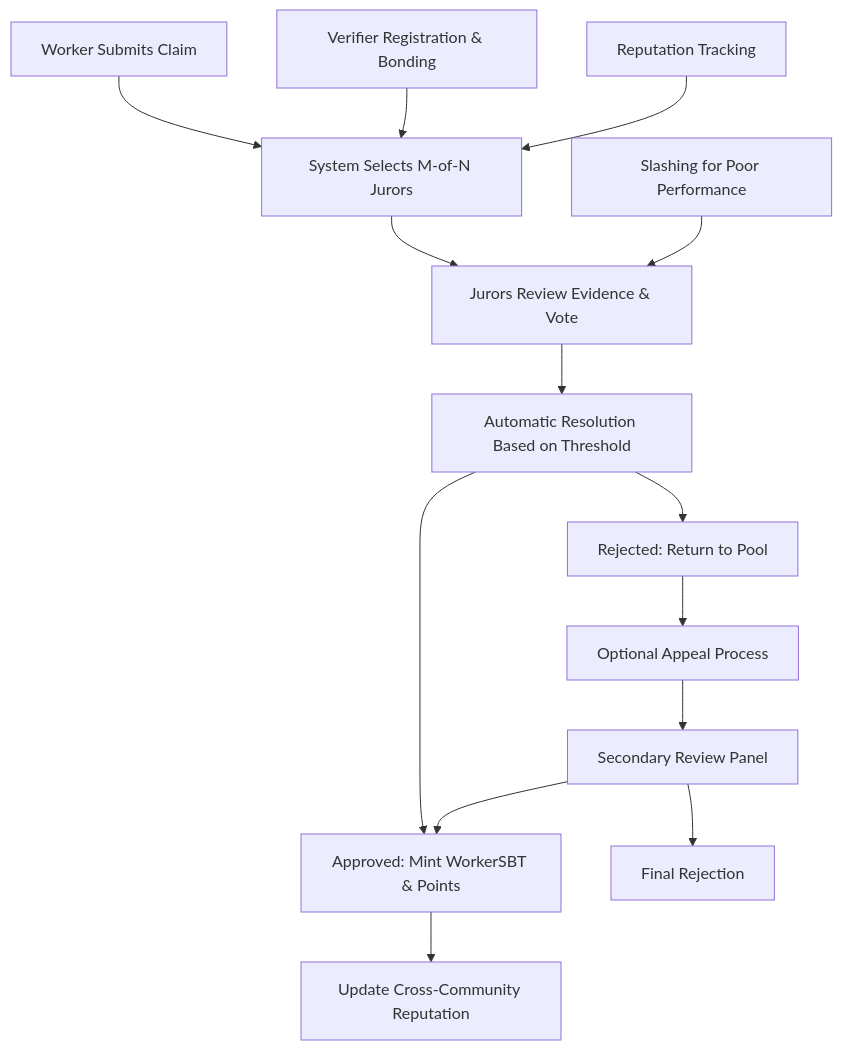
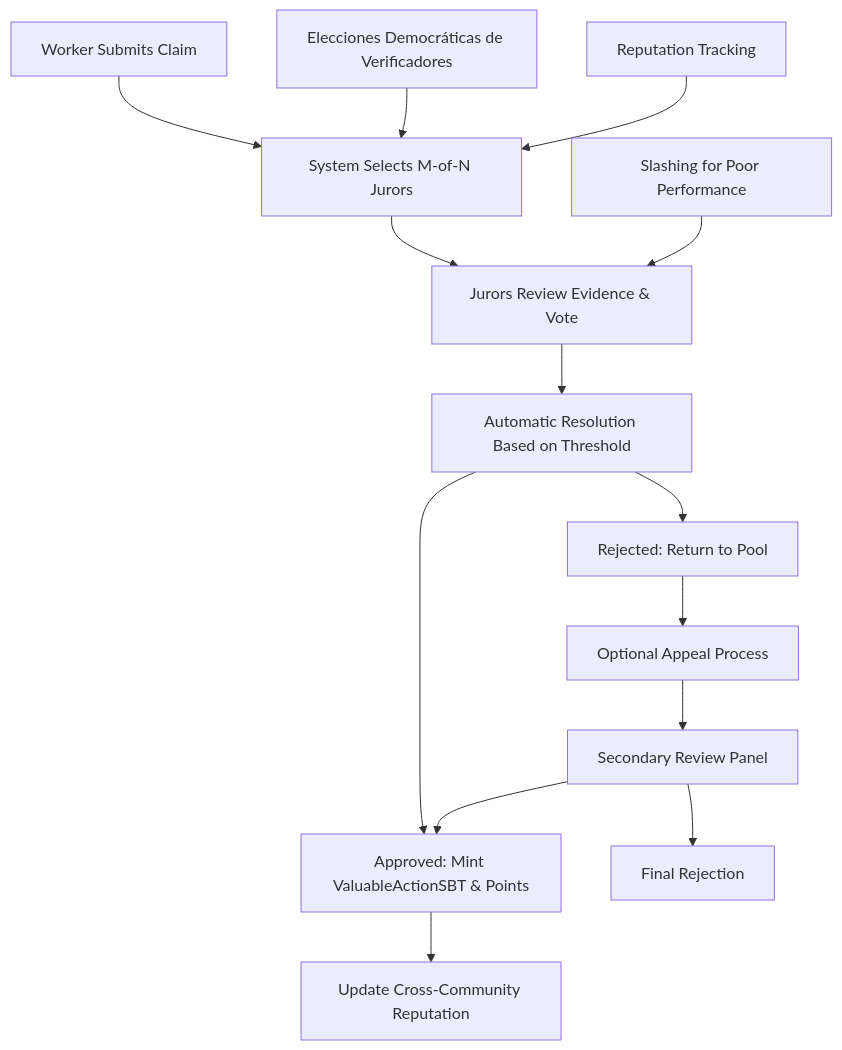
One commit to Nevtep/shift-desoc changed the second of 3 diagrams in docs/ES/Architecture.md. Above: the diagram before and after it, drawn with Mermaid. The commit also changed other lines of this file and 164 other files, not shown here.

````diff
--- a/docs/ES/Architecture.md
+++ b/docs/ES/Architecture.md
@@ -134,17 +264,17 @@
 ```mermaid
 graph TD
     A[Worker Submits Claim] --> B[System Selects M-of-N Jurors]
     B --> C[Jurors Review Evidence & Vote]
     C --> D[Automatic Resolution Based on Threshold]
-    D --> E[Approved: Mint WorkerSBT & Points]
+    D --> E[Approved: Mint ValuableActionSBT & Points]
     D --> F[Rejected: Return to Pool]
     E --> G[Update Cross-Community Reputation]
     F --> H[Optional Appeal Process]
     H --> I[Secondary Review Panel]
     I --> E
     I --> J[Final Rejection]
-    
-    K[Verifier Registration & Bonding] --> B
+
+    K[Elecciones Democráticas de Verificadores] --> B
     L[Reputation Tracking] --> B
     M[Slashing for Poor Performance] --> C
 ```
````
